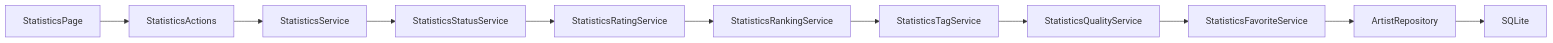
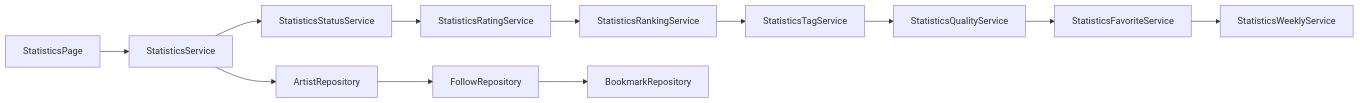
One commit to PKT0623/PixivLocalManager changed diagram 13 of 24 in docs/07_ARCHITECTURE.md. Above: the diagram before and after it, drawn with Mermaid. The commit also changed other lines of this file and 10 other files, not shown here.

Commit message:
docs: update V2 completion status and V3 roadmap

````diff
--- a/docs/07_ARCHITECTURE.md
+++ b/docs/07_ARCHITECTURE.md
@@ -594,15 +580,20 @@
 ```mermaid
 flowchart LR
 
 StatisticsPage
---> StatisticsActions
 --> StatisticsService
+
+StatisticsService
 --> StatisticsStatusService
 --> StatisticsRatingService
 --> StatisticsRankingService
 --> StatisticsTagService
 --> StatisticsQualityService
 --> StatisticsFavoriteService
+--> StatisticsWeeklyService
+
+StatisticsService
 --> ArtistRepository
---> SQLite
+--> FollowRepository
+--> BookmarkRepository
 ```
````
